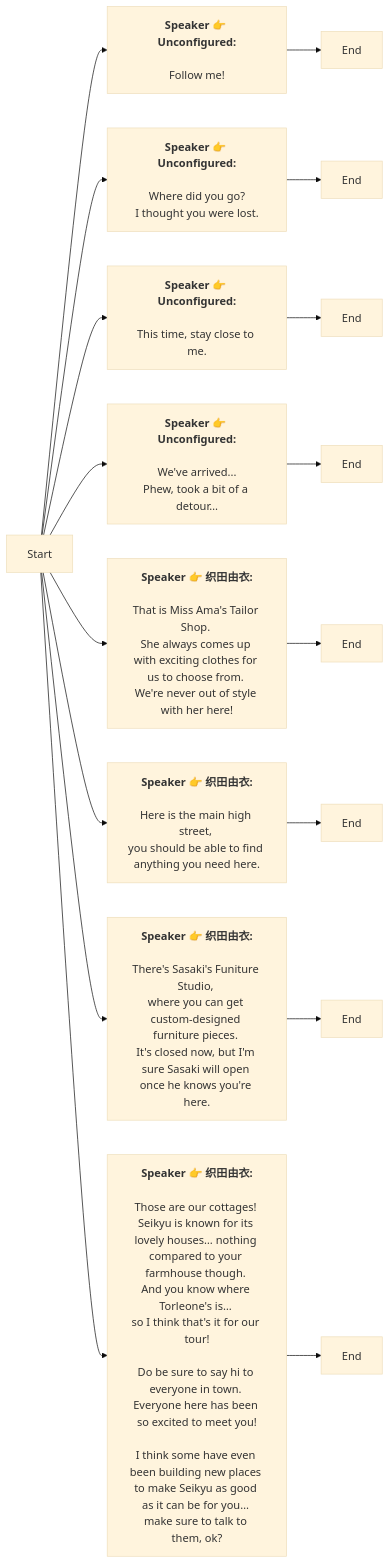
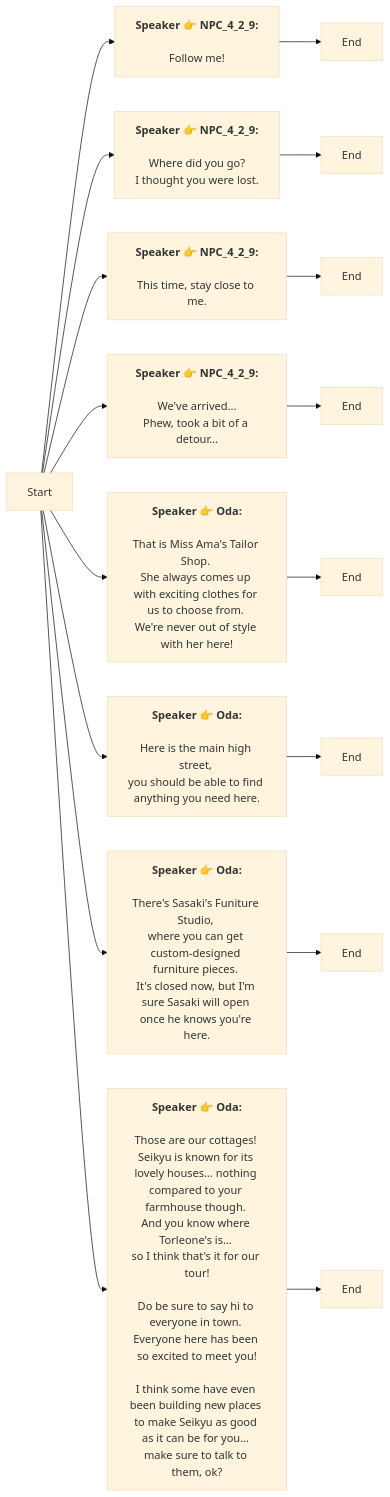
One commit to SoftHu/tos_avg changed the diagram in Zh/YuiGuideTurtoril.md. Above: the diagram before and after it, drawn with Mermaid (base theme). The commit also changed 737 other files, not shown here.

````diff
--- a/Zh/YuiGuideTurtoril.md
+++ b/Zh/YuiGuideTurtoril.md
@@ -1,53 +1,42 @@
 ```mermaid
 graph LR
-Start -->1769066131689535[<b>Speaker 👉 Unconfigured:</b>
-
-Follow me!]
+Start -->1769066131689535[<b>Speaker 👉 NPC_4_2_9:</b>
+\nFollow me!]
 1769066131689535 -->1769066092872766[End]
-Start -->1769066146257985[<b>Speaker 👉 Unconfigured:</b>
-
-Where did you go?
+Start -->1769066146257985[<b>Speaker 👉 NPC_4_2_9:</b>
+\nWhere did you go?
 I thought you were lost.]
 1769066146257985 -->1769066146257986[End]
-Start -->1769066149276740[<b>Speaker 👉 Unconfigured:</b>
-
-This time, stay close to me.]
+Start -->1769066149276740[<b>Speaker 👉 NPC_4_2_9:</b>
+\nThis time, stay close to me.]
 1769066149276740 -->1769066149276741[End]
-Start -->1769066151519303[<b>Speaker 👉 Unconfigured:</b>
-
-We've arrived...
+Start -->1769066151519303[<b>Speaker 👉 NPC_4_2_9:</b>
+\nWe've arrived...
 Phew, took a bit of a detour…]
 1769066151519303 -->1769066151519304[End]
-Start -->1772598517553340[<b>Speaker 👉 织田由衣:</b>
-
-That is Miss Ama's Tailor Shop. 
+Start -->1772598517553340[<b>Speaker 👉 Oda:</b>
+\nThat is Miss Ama's Tailor Shop. 
 She always comes up with exciting clothes for us to choose from. 
 We're never out of style with her here!]
 1772598517553340 -->1772344589943011[End]
-Start -->1772598505930939[<b>Speaker 👉 织田由衣:</b>
-
-Here is the main high street, 
+Start -->1772598505930939[<b>Speaker 👉 Oda:</b>
+\nHere is the main high street, 
 you should be able to find anything you need here. 
 ]
 1772598505930939 -->1772344576162017[End]
-Start -->1772598518761661[<b>Speaker 👉 织田由衣:</b>
-
-There's Sasaki's Funiture Studio, 
+Start -->1772598518761661[<b>Speaker 👉 Oda:</b>
+\nThere's Sasaki's Funiture Studio, 
 where you can get custom-designed furniture pieces. 
 It's closed now, but I'm sure Sasaki will open once he knows you're here.
 ]
 1772598518761661 -->1772344746521829[End]
-Start -->1772598520089790[<b>Speaker 👉 织田由衣:</b>
-
-Those are our cottages! 
-Seikyu is known for its lovely houses… nothing compared to your farmhouse though. 
-And you know where Torleone's is… 
+Start -->1772598520089790[<b>Speaker 👉 Oda:</b>
+\nThose are our cottages! 
+Seikyu is known for its lovely houses… nothing compared to your farmhouse though. \nAnd you know where Torleone's is… 
 so I think that's it for our tour!
-
-Do be sure to say hi to everyone in town. 
+\nDo be sure to say hi to everyone in town. 
 Everyone here has been so excited to meet you!
-
-I think some have even been building new places to make Seikyu as good as it can be for you… make sure to talk to them, ok?]
+\nI think some have even been building new places to make Seikyu as good as it can be for you… make sure to talk to them, ok?]
 1772598520089790 -->1772344760857831[End]
 
- ```
+```
````
